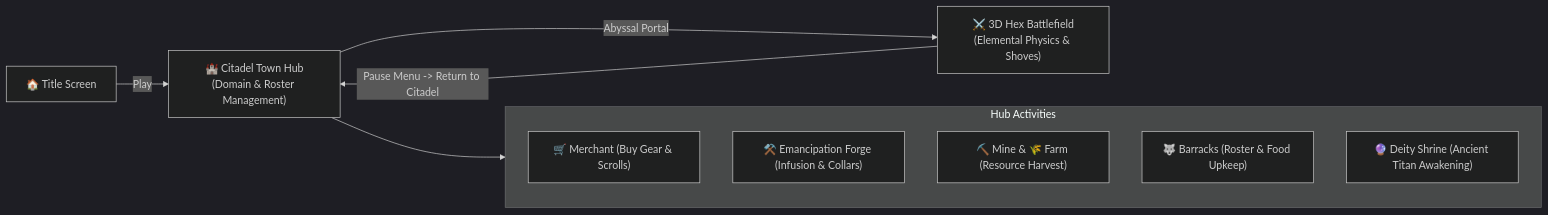
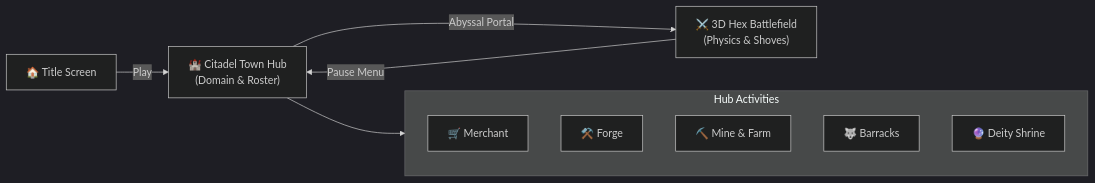
The diagram in wiki/06-Citadel-Hub-and-Domain-Economy.md (NealversePrime/ElementalHexTactics3D), drawn with Mermaid (dark theme) before and after one commit. The commit also changed 2 other files, not shown here.

Commit message:
fix(wiki): optimize Mermaid diagram layouts to prevent text clipping on GitHub

````diff
--- a/wiki/06-Citadel-Hub-and-Domain-Economy.md
+++ b/wiki/06-Citadel-Hub-and-Domain-Economy.md
@@ -11,16 +11,16 @@
 ```mermaid
 flowchart LR
-    Title["🏠 Title Screen"] -->|"Play"| Hub["🏰 Citadel Town Hub\n(Domain & Roster Management)"]
+    Title["🏠 Title Screen"] -->|"Play"| Hub["🏰 Citadel Town Hub<br/>(Domain & Roster)"]
     
     subgraph HubLoop["Hub Activities"]
-        Shop["🛒 Merchant (Buy Gear & Scrolls)"]
-        Forge["⚒️ Emancipation Forge (Infusion & Collars)"]
-        MineFarm["⛏️ Mine & 🌾 Farm (Resource Harvest)"]
-        Barracks["🐺 Barracks (Roster & Food Upkeep)"]
-        Shrine["🔮 Deity Shrine (Ancient Titan Awakening)"]
+        Shop["🛒 Merchant"]
+        Forge["⚒️ Forge"]
+        MineFarm["⛏️ Mine & Farm"]
+        Barracks["🐺 Barracks"]
+        Shrine["🔮 Deity Shrine"]
     end
     
     Hub --> HubLoop
-    Hub -->|"Abyssal Portal"| Battle["⚔️ 3D Hex Battlefield\n(Elemental Physics & Shoves)"]
-    Battle -->|"Pause Menu -> Return to Citadel"| Hub
+    Hub -->|"Abyssal Portal"| Battle["⚔️ 3D Hex Battlefield<br/>(Physics & Shoves)"]
+    Battle -->|"Pause Menu"| Hub
 ```
````
